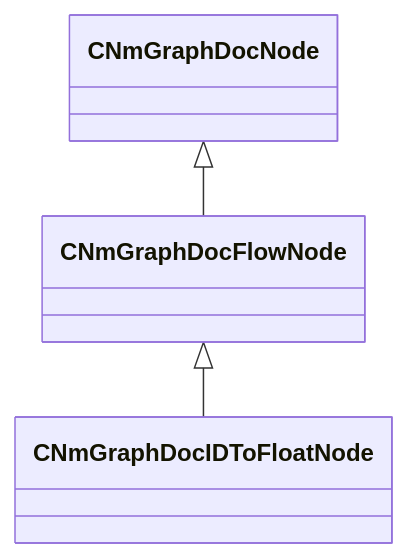
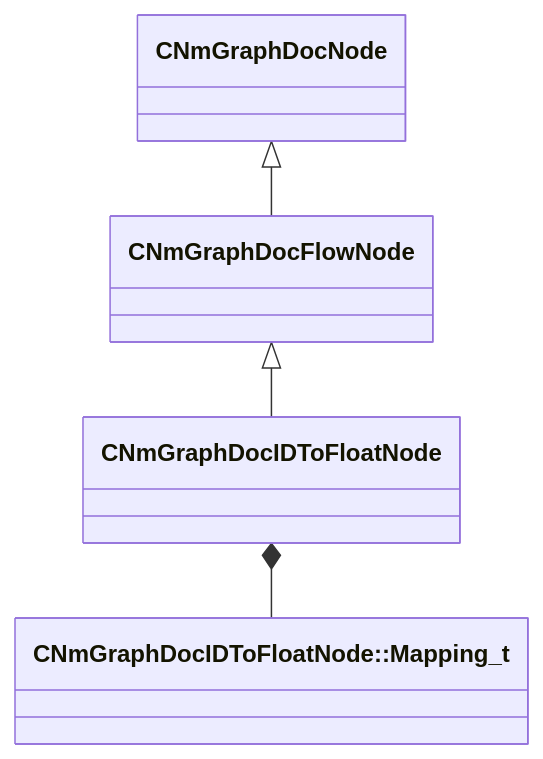
The diagram in docs/generated/schemas/animdoclib/CNmGraphDocIDToFloatNode.md (CS2OpenDev/CS2OpenDev-Docs), drawn with Mermaid before and after one commit. The commit also changed other lines of this file and 4525 other files, not shown here.

````diff
--- a/docs/generated/schemas/animdoclib/CNmGraphDocIDToFloatNode.md
+++ b/docs/generated/schemas/animdoclib/CNmGraphDocIDToFloatNode.md
@@ -17,5 +19,6 @@
 ```mermaid
 classDiagram
     CNmGraphDocFlowNode <|-- CNmGraphDocIDToFloatNode
     CNmGraphDocNode <|-- CNmGraphDocFlowNode
+    CNmGraphDocIDToFloatNode *-- `CNmGraphDocIDToFloatNode::Mapping_t`
 ```
````
